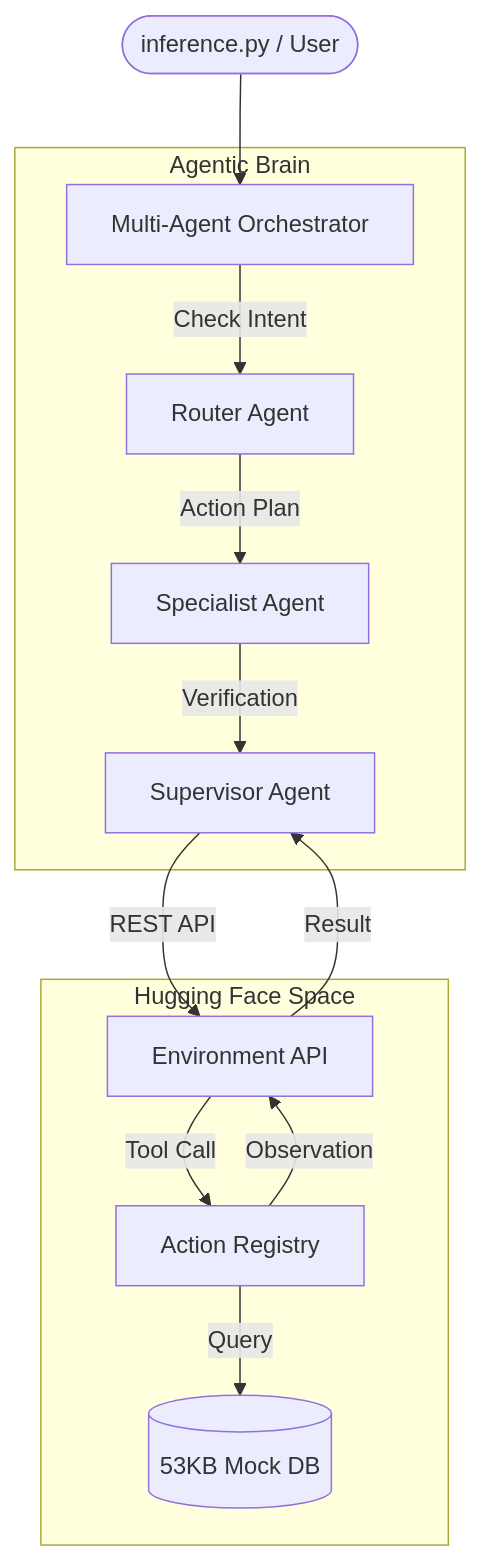
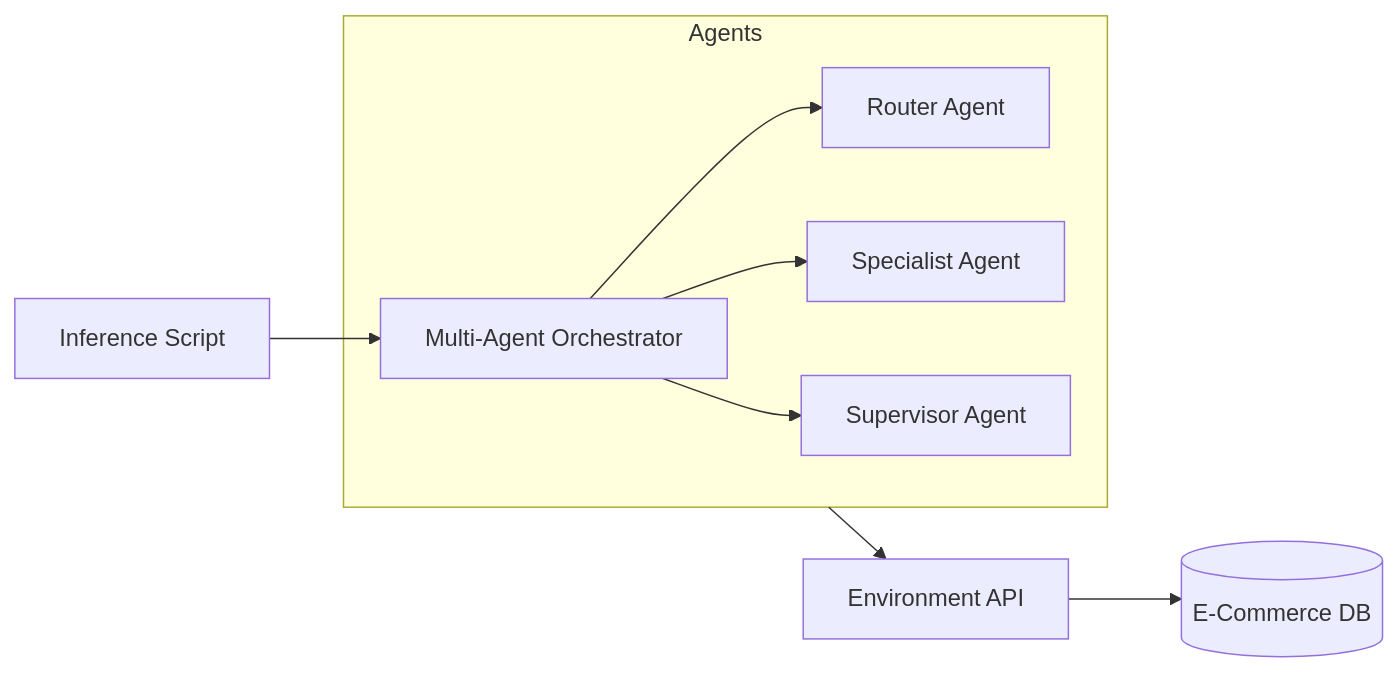
Before and after one commit to Darshanroy/openenv-rl: the diagram in README.md, drawn with Mermaid. The commit also changed other lines of this file, not shown here.

Commit message:
Docs: Professional GitHub README while preserving Space metadata

````diff
--- a/README.md
+++ b/README.md
@@ -33,16 +21,11 @@
 ```mermaid
-graph TD
-    User([inference.py / User]) --> Orch[Multi-Agent Orchestrator]
-    subgraph Brain[Agentic Brain]
-        Orch --> |Check Intent| Router[Router Agent]
-        Router --> |Action Plan| Spec[Specialist Agent]
-        Spec --> |Verification| Super[Supervisor Agent]
+graph LR
+    A[Inference Script] --> B[Multi-Agent Orchestrator]
+    subgraph Agents
+        B --> C[Router Agent]
+        B --> D[Specialist Agent]
+        B --> E[Supervisor Agent]
     end
-    Super --> |REST API| Env[Environment API]
-    subgraph Cloud[Hugging Face Space]
-        Env --> |Tool Call| Tools[Action Registry]
-        Tools --> |Query| DB[(53KB Mock DB)]
-        Tools --> |Observation| Env
-    end
-    Env --> |Result| Super
+    Agents --> F[Environment API]
+    F --> G[(E-Commerce DB)]
 ```
````
